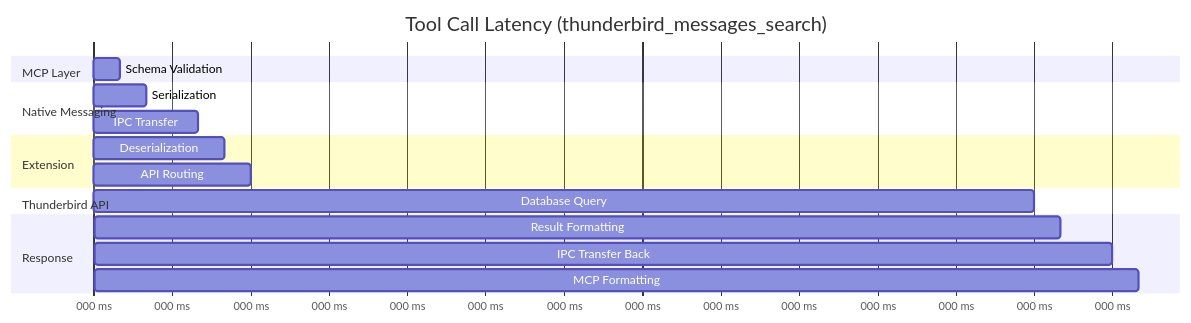
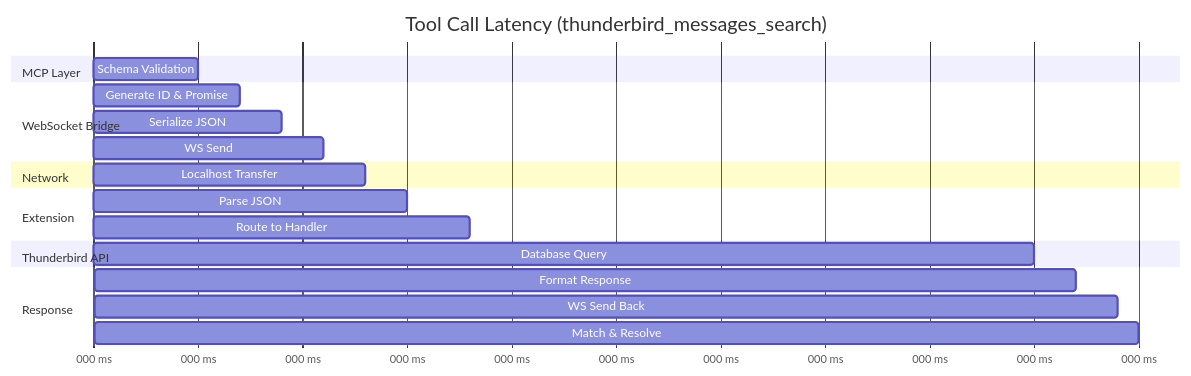
Before and after one commit to assistance-micro-design/zileo-mcp-thunderbird: the tenth of 10 diagrams in docs/architecture/data-flow.md, drawn with Mermaid. The commit also changed other lines of this file and 7 other files, not shown here.

````diff
--- a/docs/architecture/data-flow.md
+++ b/docs/architecture/data-flow.md
@@ -512,25 +486,29 @@
 ```mermaid
 gantt
     title Tool Call Latency (thunderbird_messages_search)
     dateFormat X
     axisFormat %L ms
 
     section MCP Layer
     Schema Validation      :a1, 0, 5
 
-    section Native Messaging
-    Serialization         :a2, 5, 10
-    IPC Transfer          :a3, 10, 20
+    section WebSocket Bridge
+    Generate ID & Promise  :a2, 5, 7
+    Serialize JSON         :a3, 7, 9
+    WS Send                :a4, 9, 11
+
+    section Network
+    Localhost Transfer     :a5, 11, 13
 
     section Extension
-    Deserialization       :a4, 20, 25
-    API Routing           :a5, 25, 30
+    Parse JSON             :a6, 13, 15
+    Route to Handler       :a7, 15, 18
 
     section Thunderbird API
-    Database Query        :a6, 30, 180
+    Database Query         :a8, 18, 45
 
     section Response
-    Result Formatting     :a7, 180, 185
-    IPC Transfer Back     :a8, 185, 195
-    MCP Formatting        :a9, 195, 200
+    Format Response        :a9, 45, 47
+    WS Send Back           :a10, 47, 49
+    Match & Resolve        :a11, 49, 50
 ```
````
